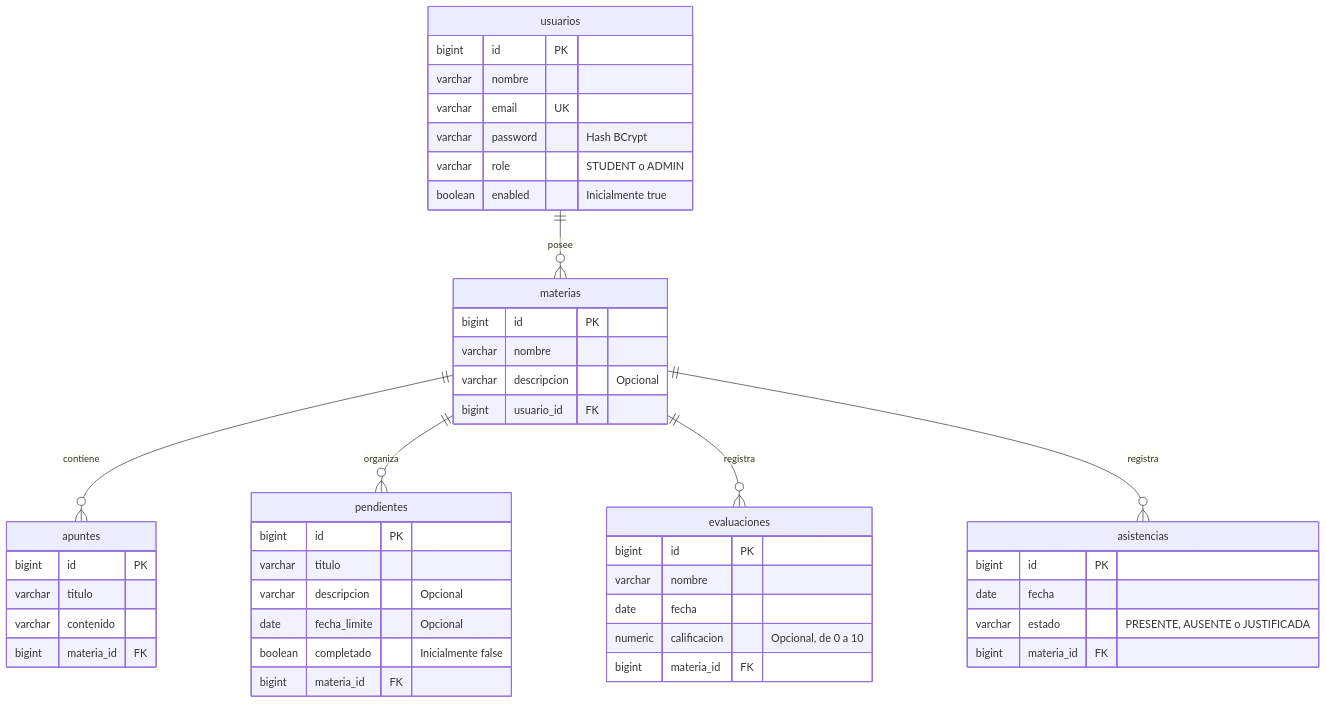
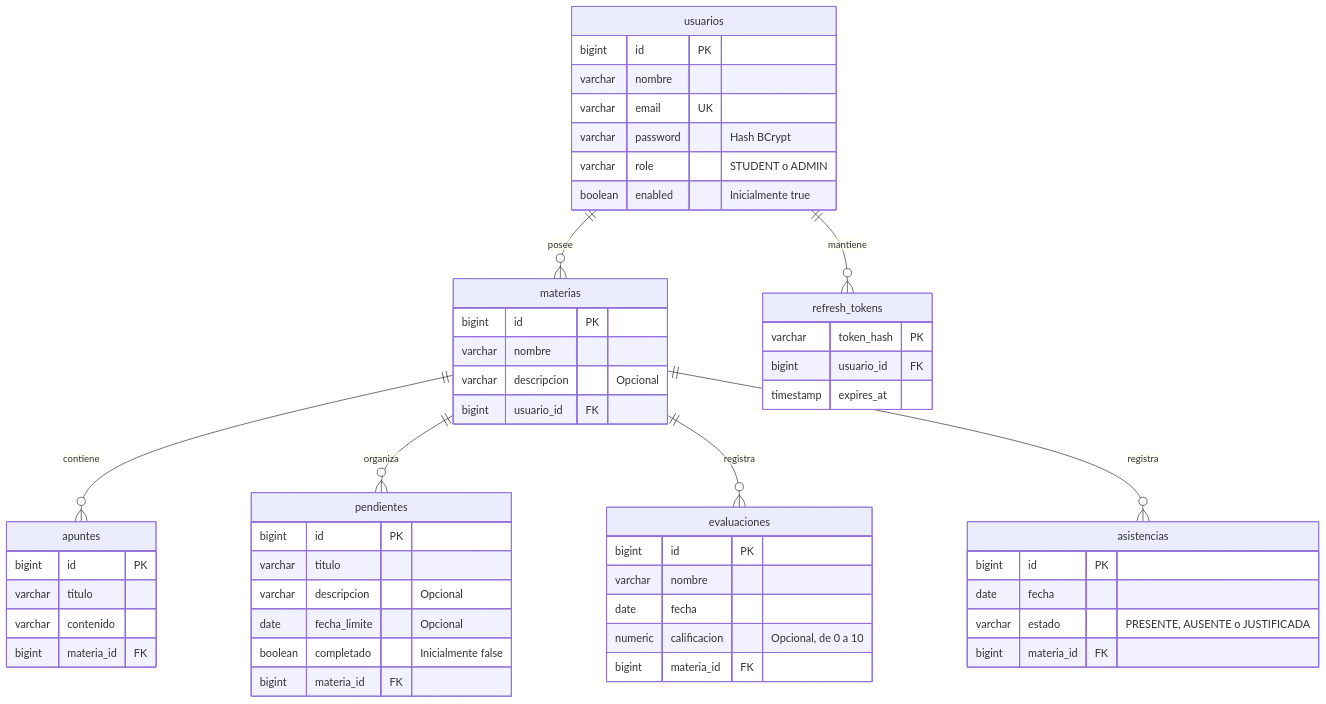
The diagram in README.md (SantinoCataldo/acadezer), drawn with Mermaid before and after one commit. The commit also changed other lines of this file and 18 other files, not shown here.

Commit message:
feat: add rotating refresh tokens

````diff
--- a/README.md
+++ b/README.md
@@ -14,55 +14,62 @@
 ```mermaid
 erDiagram
     usuarios ||--o{ materias : posee
+    usuarios ||--o{ refresh_tokens : mantiene
     materias ||--o{ apuntes : contiene
     materias ||--o{ pendientes : organiza
     materias ||--o{ evaluaciones : registra
     materias ||--o{ asistencias : registra
 
     usuarios {
         bigint id PK
         varchar nombre
         varchar email UK
         varchar password "Hash BCrypt"
         varchar role "STUDENT o ADMIN"
         boolean enabled "Inicialmente true"
+    }
+
+    refresh_tokens {
+        varchar token_hash PK
+        bigint usuario_id FK
+        timestamp expires_at
     }
 
     materias {
         bigint id PK
         varchar nombre
         varchar descripcion "Opcional"
         bigint usuario_id FK
     }
 
     apuntes {
         bigint id PK
         varchar titulo
         varchar contenido
         bigint materia_id FK
     }
 
     pendientes {
         bigint id PK
         varchar titulo
         varchar descripcion "Opcional"
         date fecha_limite "Opcional"
         boolean completado "Inicialmente false"
         bigint materia_id FK
     }
 
     evaluaciones {
         bigint id PK
         varchar nombre
         date fecha
         numeric calificacion "Opcional, de 0 a 10"
         bigint materia_id FK
     }
 
     asistencias {
         bigint id PK
         date fecha
         varchar estado "PRESENTE, AUSENTE o JUSTIFICADA"
         bigint materia_id FK
     }
 ```
````
